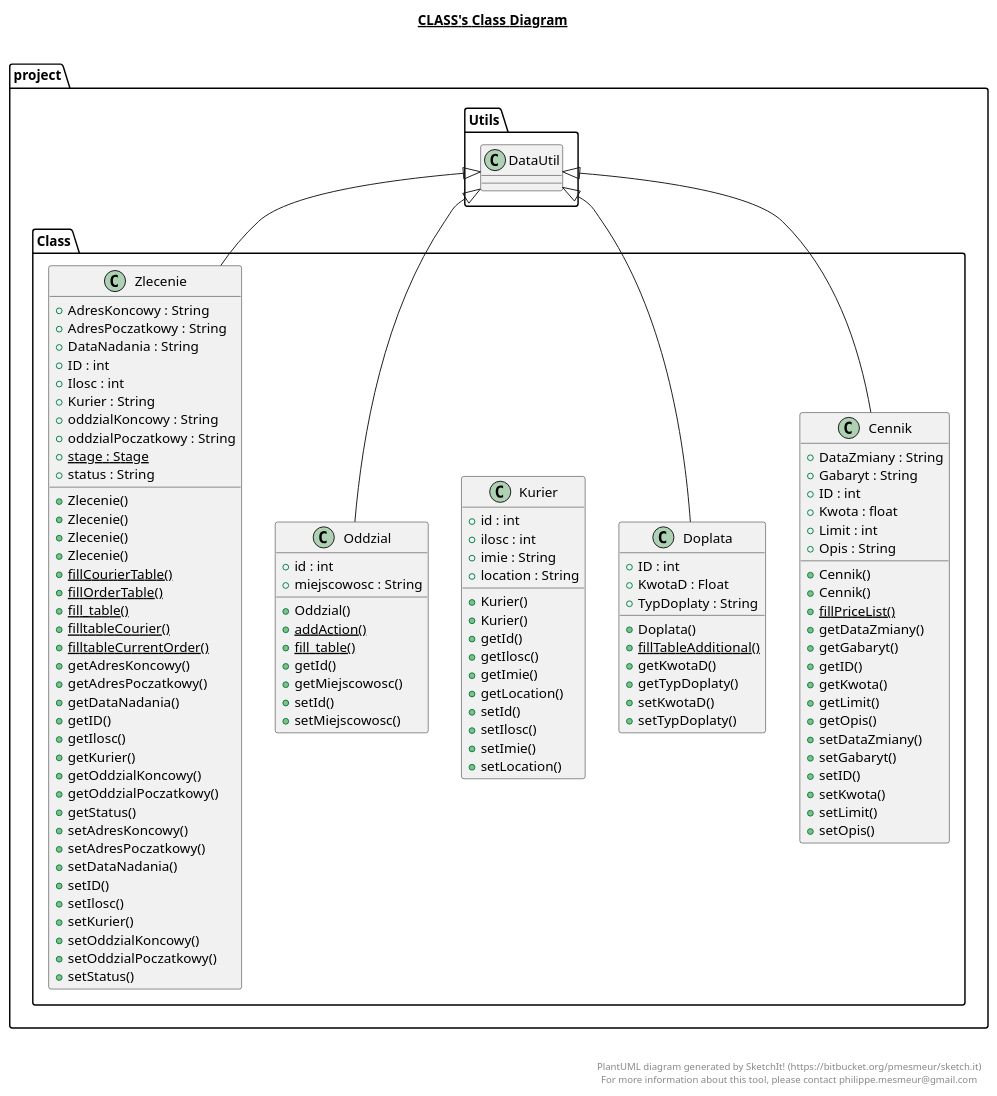
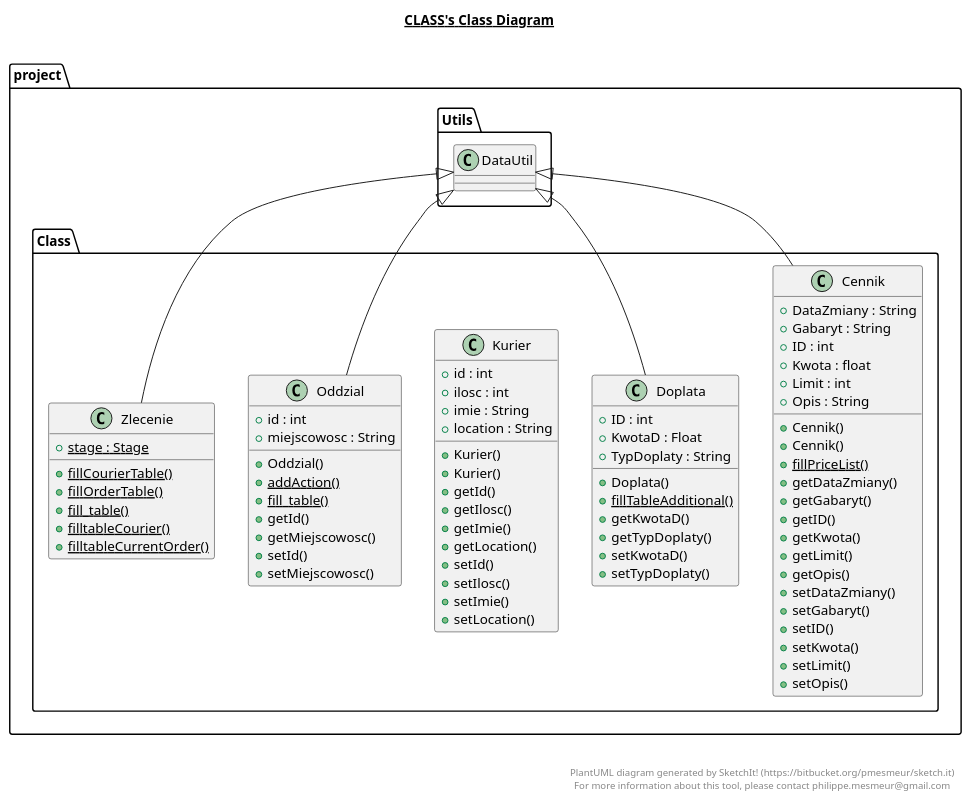
Before and after one commit to kplusa/Firma-Transportowa: the diagram in src/project/Class/Class.plantuml, drawn with PlantUML. The commit also changed 14 other files, not shown here.

```diff
--- a/src/project/Class/Class.plantuml
+++ b/src/project/Class/Class.plantuml
@@ -1,148 +1,117 @@
 @startuml
 
 title __CLASS's Class Diagram__\n
 
   namespace project {
     namespace Class {
       class project.Class.Cennik {
           + DataZmiany : String
           + Gabaryt : String
           + ID : int
           + Kwota : float
           + Limit : int
           + Opis : String
           + Cennik()
           + Cennik()
           {static} + fillPriceList()
           + getDataZmiany()
           + getGabaryt()
           + getID()
           + getKwota()
           + getLimit()
           + getOpis()
           + setDataZmiany()
           + setGabaryt()
           + setID()
           + setKwota()
           + setLimit()
           + setOpis()
       }
     }
   }
   
 
   namespace project {
     namespace Class {
       class project.Class.Doplata {
           + ID : int
           + KwotaD : Float
           + TypDoplaty : String
           + Doplata()
           {static} + fillTableAdditional()
           + getKwotaD()
           + getTypDoplaty()
           + setKwotaD()
           + setTypDoplaty()
       }
     }
   }
   
 
   namespace project {
     namespace Class {
       class project.Class.Kurier {
           + id : int
           + ilosc : int
           + imie : String
           + location : String
           + Kurier()
           + Kurier()
           + getId()
           + getIlosc()
           + getImie()
           + getLocation()
           + setId()
           + setIlosc()
           + setImie()
           + setLocation()
       }
     }
   }
   
 
   namespace project {
     namespace Class {
       class project.Class.Oddzial {
           + id : int
           + miejscowosc : String
           + Oddzial()
           {static} + addAction()
           {static} + fill_table()
           + getId()
           + getMiejscowosc()
           + setId()
           + setMiejscowosc()
       }
     }
   }
   
 
   namespace project {
     namespace Class {
       class project.Class.Zlecenie {
-          + AdresKoncowy : String
-          + AdresPoczatkowy : String
-          + DataNadania : String
-          + ID : int
-          + Ilosc : int
-          + Kurier : String
-          + oddzialKoncowy : String
-          + oddzialPoczatkowy : String
           {static} + stage : Stage
-          + status : String
-          + Zlecenie()
-          + Zlecenie()
-          + Zlecenie()
-          + Zlecenie()
           {static} + fillCourierTable()
           {static} + fillOrderTable()
           {static} + fill_table()
           {static} + filltableCourier()
           {static} + filltableCurrentOrder()
-          + getAdresKoncowy()
-          + getAdresPoczatkowy()
-          + getDataNadania()
-          + getID()
-          + getIlosc()
-          + getKurier()
-          + getOddzialKoncowy()
-          + getOddzialPoczatkowy()
-          + getStatus()
-          + setAdresKoncowy()
-          + setAdresPoczatkowy()
-          + setDataNadania()
-          + setID()
-          + setIlosc()
-          + setKurier()
-          + setOddzialKoncowy()
-          + setOddzialPoczatkowy()
-          + setStatus()
       }
     }
   }
   
 
   project.Class.Cennik -up-|> project.Utils.DataUtil
   project.Class.Doplata -up-|> project.Utils.DataUtil
   project.Class.Oddzial -up-|> project.Utils.DataUtil
   project.Class.Zlecenie -up-|> project.Utils.DataUtil
 
 
 right footer
 
 
 PlantUML diagram generated by SketchIt! (https://bitbucket.org/pmesmeur/sketch.it)
 For more information about this tool, please contact philippe.mesmeur@gmail.com
 endfooter
 
 @enduml
```
